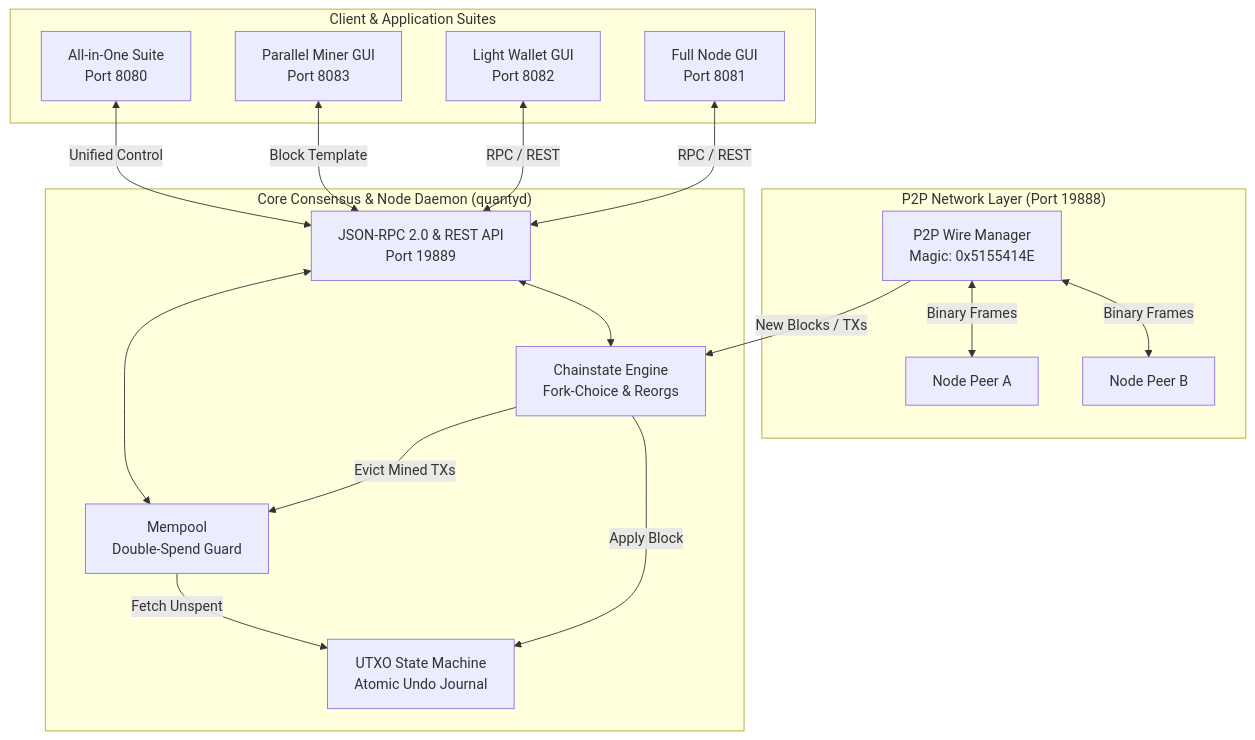
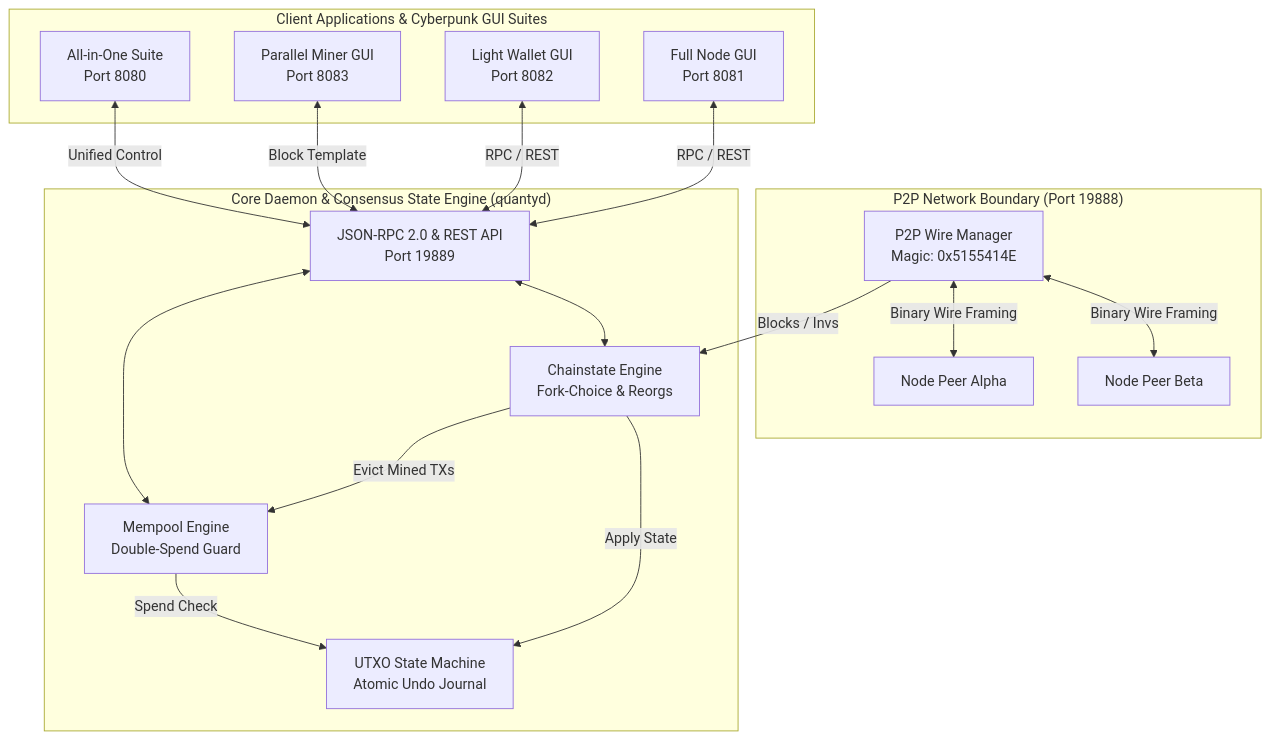
Before and after one commit to timfromhcs/QuantyCoin: the first of 2 diagrams in README.md, drawn with Mermaid. The commit also changed other lines of this file and 6 other files, not shown here.

````diff
--- a/README.md
+++ b/README.md
@@ -54,36 +85,36 @@
 ```mermaid
 graph TB
-    subgraph "P2P Network Layer (Port 19888)"
+    subgraph "P2P Network Boundary (Port 19888)"
         P2P[P2P Wire Manager\nMagic: 0x5155414E]
-        PeerA[Node Peer A]
-        PeerB[Node Peer B]
-        P2P <-->|Binary Frames| PeerA
-        P2P <-->|Binary Frames| PeerB
+        PeerA[Node Peer Alpha]
+        PeerB[Node Peer Beta]
+        P2P <-->|Binary Wire Framing| PeerA
+        P2P <-->|Binary Wire Framing| PeerB
     end
 
-    subgraph "Core Consensus & Node Daemon (quantyd)"
+    subgraph "Core Daemon & Consensus State Engine (quantyd)"
         CS[Chainstate Engine\nFork-Choice & Reorgs]
         UTXO[UTXO State Machine\nAtomic Undo Journal]
-        MEM[Mempool\nDouble-Spend Guard]
+        MEM[Mempool Engine\nDouble-Spend Guard]
         RPC[JSON-RPC 2.0 & REST API\nPort 19889]
         
-        P2P -->|New Blocks / TXs| CS
-        CS -->|Apply Block| UTXO
-        MEM -->|Fetch Unspent| UTXO
+        P2P -->|Blocks / Invs| CS
+        CS -->|Apply State| UTXO
+        MEM -->|Spend Check| UTXO
         CS -->|Evict Mined TXs| MEM
         RPC <--> CS
         RPC <--> MEM
     end
 
-    subgraph "Client & Application Suites"
+    subgraph "Client Applications & Cyberpunk GUI Suites"
         GUI_NODE[Full Node GUI\nPort 8081]
         GUI_WALLET[Light Wallet GUI\nPort 8082]
         GUI_MINER[Parallel Miner GUI\nPort 8083]
         GUI_SUITE[All-in-One Suite\nPort 8080]
         
         GUI_NODE <-->|RPC / REST| RPC
         GUI_WALLET <-->|RPC / REST| RPC
         GUI_MINER <-->|Block Template| RPC
         GUI_SUITE <-->|Unified Control| RPC
     end
 ```
````
